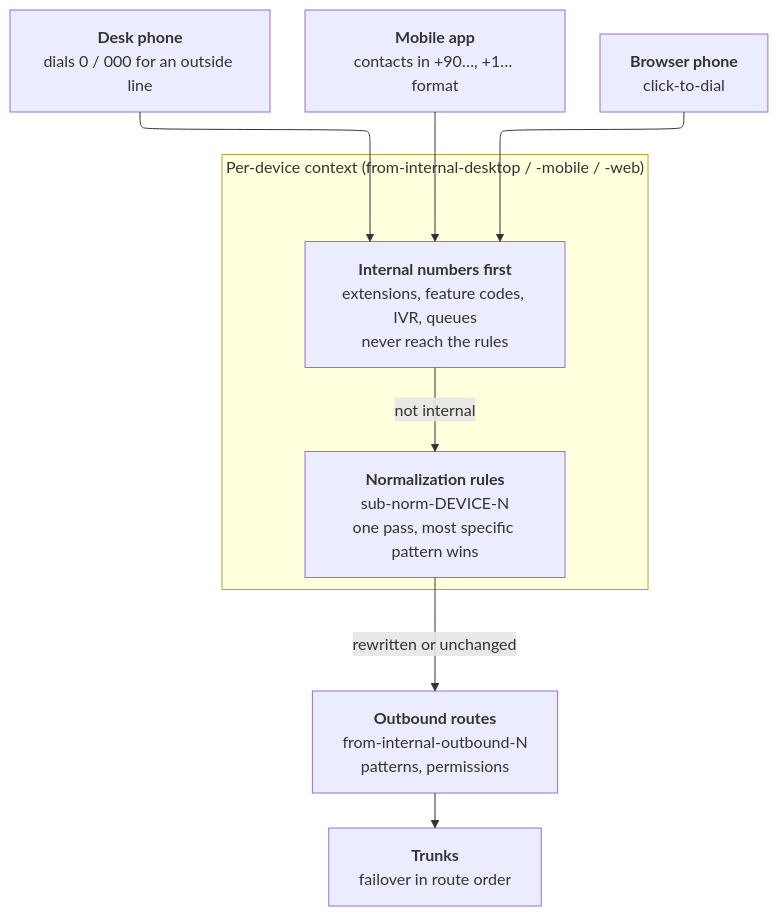
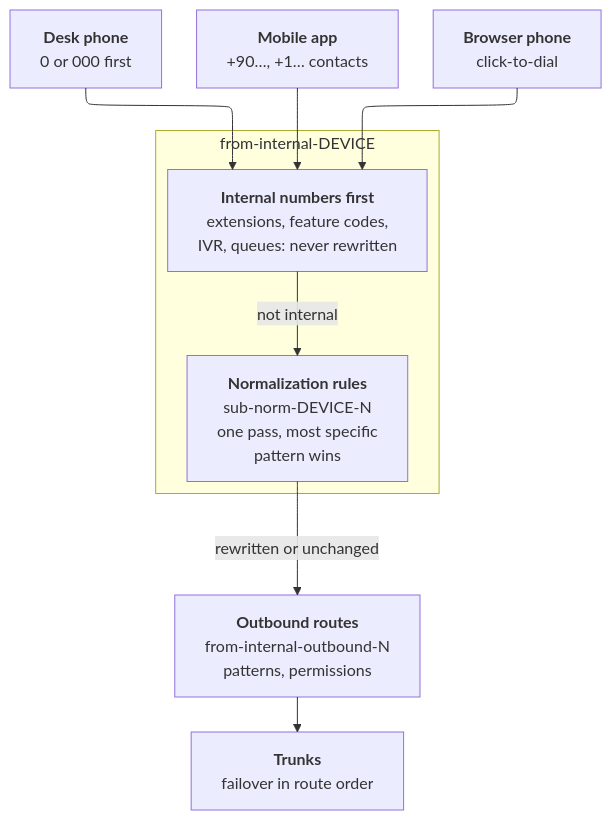
The diagram in docs/diagrams/call-normalization.mmd (mahirgul/AiPBX), drawn with Mermaid before and after one commit. The commit also changed 9 other files, not shown here.

First line of the commit message:
docs: narrower diagrams, readable at any column width

```diff
--- a/docs/diagrams/call-normalization.mmd
+++ b/docs/diagrams/call-normalization.mmd
@@ -1,35 +1,36 @@
 ---
 config:
   layout: elk
 ---
 flowchart TB
 %% @classes
   desk["`**Desk phone**
-  dials 0 / 000 for an outside line`"]:::client
+  0 or 000 first`"]:::client
   mob["`**Mobile app**
-  contacts in +90…, +1… format`"]:::client
+  +90…, +1… contacts`"]:::client
   web["`**Browser phone**
   click-to-dial`"]:::client
 
-  subgraph ctx["Per-device context (from-internal-desktop / -mobile / -web)"]
+  subgraph ctx["from-internal-DEVICE"]
     direction TB
     int["`**Internal numbers first**
-    extensions, feature codes, IVR, queues
-    never reach the rules`"]:::core
+    extensions, feature codes,
+    IVR, queues: never rewritten`"]:::core
     norm["`**Normalization rules**
     sub-norm-DEVICE-N
-    one pass, most specific pattern wins`"]:::svc
+    one pass, most specific
+    pattern wins`"]:::svc
   end
 
   out["`**Outbound routes**
   from-internal-outbound-N
   patterns, permissions`"]:::core
   trunk["`**Trunks**
   failover in route order`"]:::edge
 
   desk --> int
   mob --> int
   web --> int
   int -->|"not internal"| norm
   norm -->|"rewritten or unchanged"| out
   out --> trunk
```
